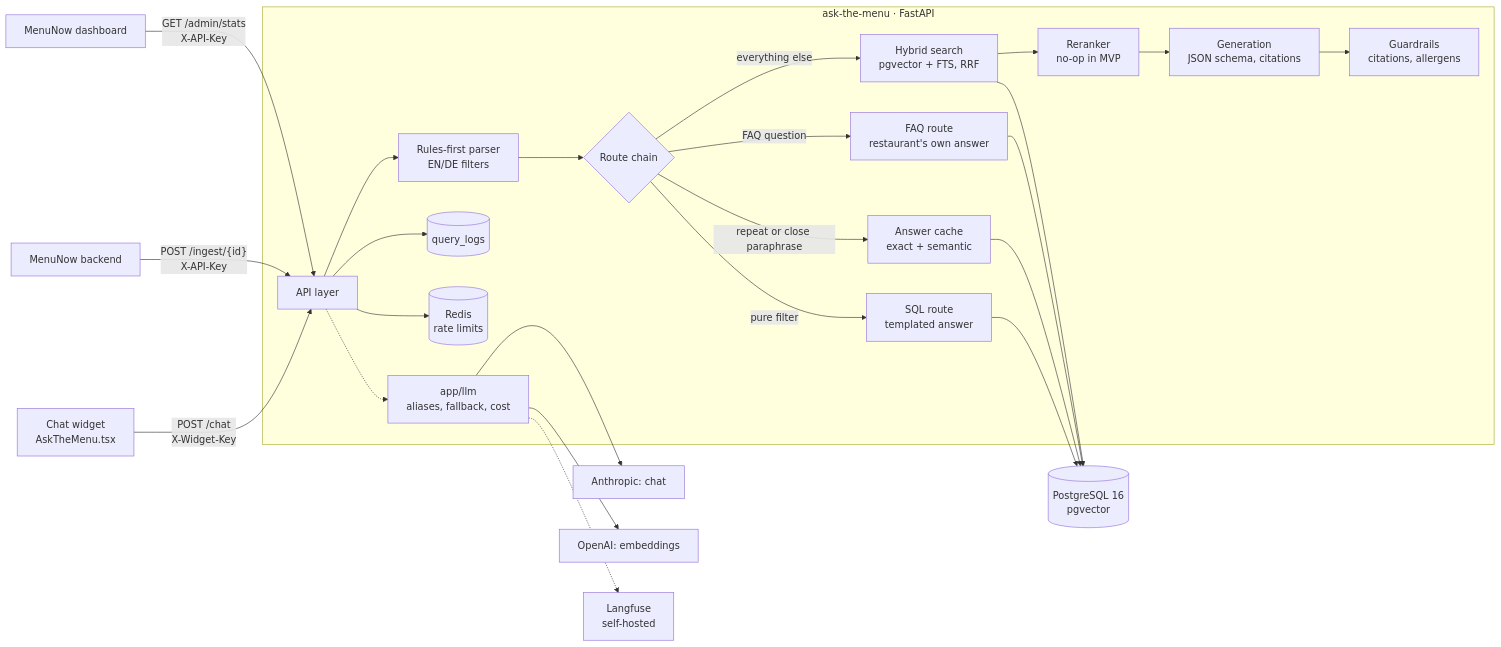
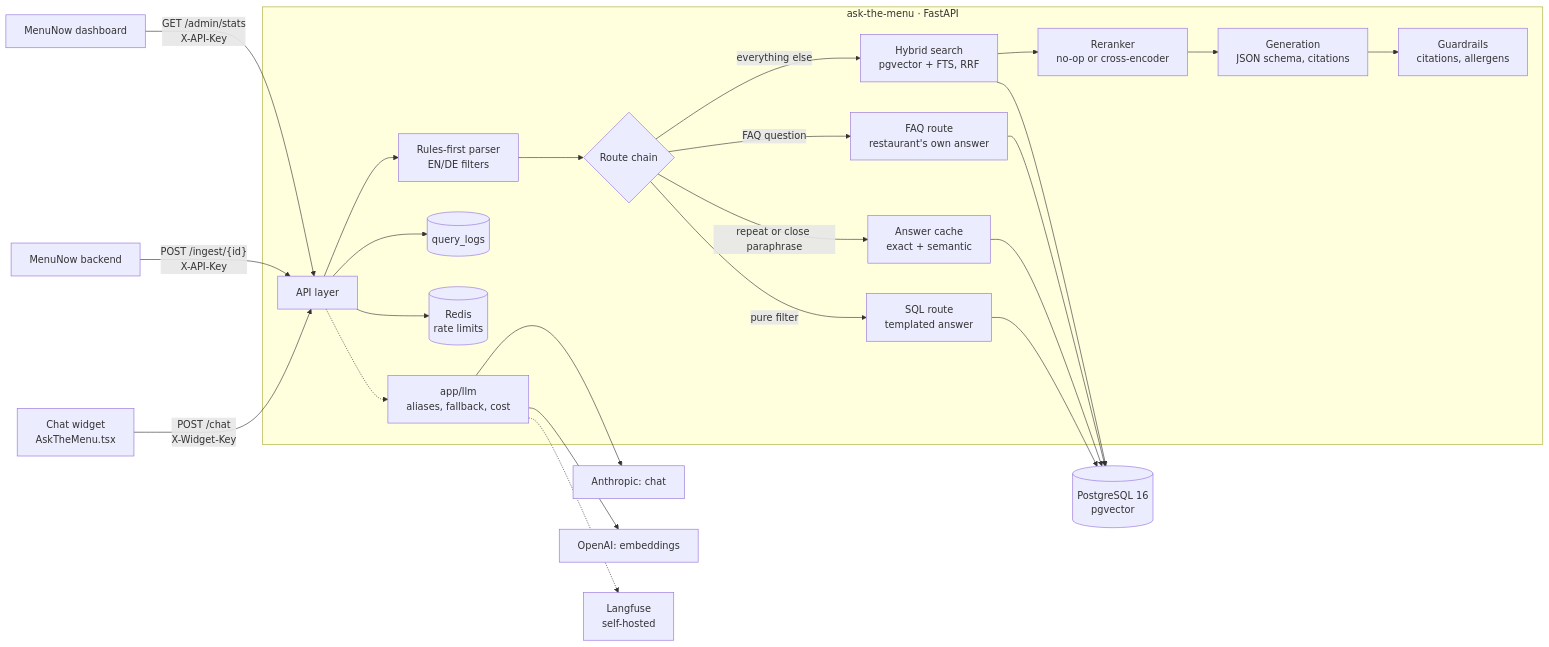
The diagram in README.md (devasick/ask-the-menu), drawn with Mermaid before and after one commit. The commit also changed other lines of this file and 5 other files, not shown here.

````diff
--- a/README.md
+++ b/README.md
@@ -28,29 +29,29 @@
 ```mermaid
 flowchart LR
     W[Chat widget<br/>AskTheMenu.tsx] -- "POST /chat<br/>X-Widget-Key" --> API
     M[MenuNow backend] -- "POST /ingest/{id}<br/>X-API-Key" --> API
     D[MenuNow dashboard] -- "GET /admin/stats<br/>X-API-Key" --> API
 
     subgraph S[ask-the-menu · FastAPI]
         API[API layer] --> P[Rules-first parser<br/>EN/DE filters]
         P --> R{Route chain}
         R -- repeat or close paraphrase --> C[Answer cache<br/>exact + semantic]
         R -- pure filter --> SQL[SQL route<br/>templated answer]
         R -- FAQ question --> F[FAQ route<br/>restaurant's own answer]
         R -- everything else --> H[Hybrid search<br/>pgvector + FTS, RRF]
-        H --> RR[Reranker<br/>no-op in MVP]
+        H --> RR[Reranker<br/>no-op or cross-encoder]
         RR --> G[Generation<br/>JSON schema, citations]
         G --> GR[Guardrails<br/>citations, allergens]
         API --> L[(query_logs)]
         API --> RD[(Redis<br/>rate limits)]
         API -.-> LLM[app/llm<br/>aliases, fallback, cost]
     end
 
     SQL --> PG[(PostgreSQL 16<br/>pgvector)]
     C --> PG
     F --> PG
     H --> PG
     LLM --> AN[Anthropic: chat]
     LLM --> OA[OpenAI: embeddings]
     LLM -.-> LF[Langfuse<br/>self-hosted]
 ```
````
